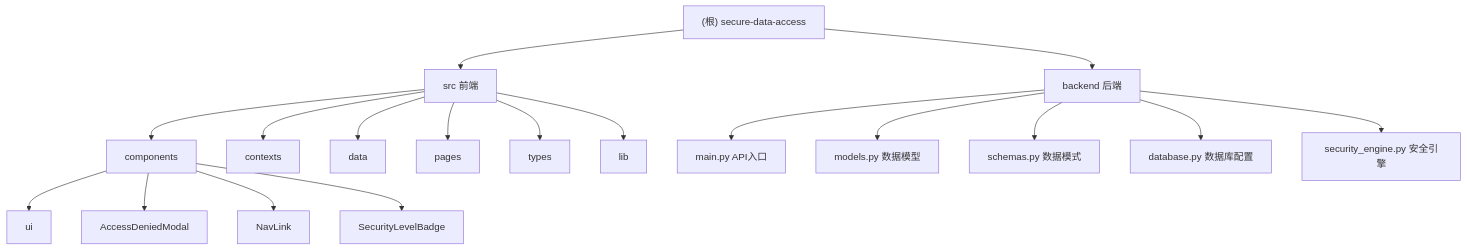
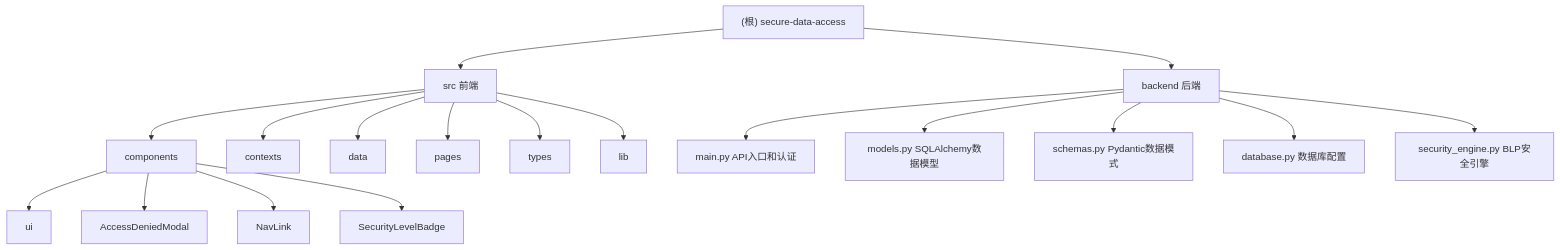
The diagram in CLAUDE.md (Suara17/secure-data-access), drawn with Mermaid before and after one commit. The commit also changed other lines of this file and 14 other files, not shown here.

````diff
--- a/CLAUDE.md
+++ b/CLAUDE.md
@@ -31,33 +35,33 @@
 ```mermaid
 graph TD
     A["(根) secure-data-access"] --> B["src 前端"];
     A --> C["backend 后端"];
 
     B --> D["components"];
     B --> E["contexts"];
     B --> F["data"];
     B --> G["pages"];
     B --> H["types"];
     B --> I["lib"];
 
     D --> J["ui"];
     D --> K["AccessDeniedModal"];
     D --> L["NavLink"];
     D --> M["SecurityLevelBadge"];
 
-    C --> N["main.py API入口"];
-    C --> O["models.py 数据模型"];
-    C --> P["schemas.py 数据模式"];
+    C --> N["main.py API入口和认证"];
+    C --> O["models.py SQLAlchemy数据模型"];
+    C --> P["schemas.py Pydantic数据模式"];
     C --> Q["database.py 数据库配置"];
-    C --> R["security_engine.py 安全引擎"];
+    C --> R["security_engine.py BLP安全引擎"];
 
     click D "./src/components" "查看前端组件目录"
     click E "./src/contexts" "查看前端上下文目录"
     click F "./src/data" "查看前端数据目录"
     click G "./src/pages" "查看前端页面目录"
     click H "./src/types" "查看前端类型定义目录"
     click N "./backend/main.py" "查看后端API入口"
     click O "./backend/models.py" "查看数据模型"
     click Q "./backend/database.py" "查看数据库配置"
     click R "./backend/security_engine.py" "查看安全引擎"
 ```
````
